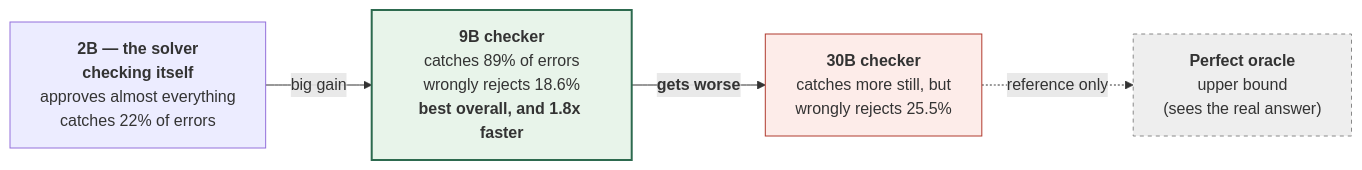
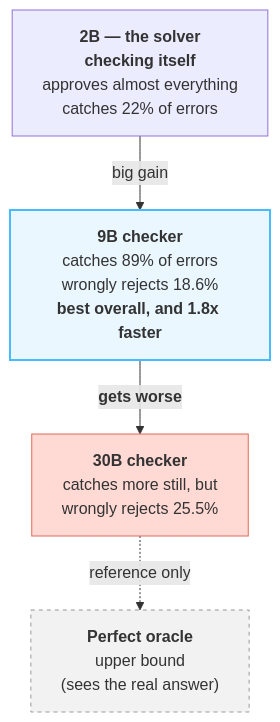
Before and after one commit to SaminYeaserKhan/gemma4-finetune: the sixth of 6 diagrams in docs/diagrams-technical/DIAGRAMS_TECHNICAL.md, drawn with Mermaid. The commit also changed other lines of this file and 143 other files, not shown here.

````diff
--- a/docs/diagrams-technical/DIAGRAMS_TECHNICAL.md
+++ b/docs/diagrams-technical/DIAGRAMS_TECHNICAL.md
@@ -234,15 +234,15 @@
 ```mermaid
-flowchart LR
+flowchart TB
     L1["<b>2B — the solver<br/>checking itself</b><br/>approves almost everything<br/>catches 22% of errors"]
     L2["<b>9B checker</b><br/>catches 89% of errors<br/>wrongly rejects 18.6%<br/><b>best overall, and 1.8x faster</b>"]
     L3["<b>30B checker</b><br/>catches more still, but<br/>wrongly rejects 25.5%"]
     L4["<b>Perfect oracle</b><br/>upper bound<br/>(sees the real answer)"]
 
     L1 -->|"big gain"| L2
     L2 -->|"<b>gets worse</b>"| L3
     L3 -.->|"reference only"| L4
 
-    style L2 fill:#e8f4ea,stroke:#2d6a4f,stroke-width:2px
-    style L3 fill:#fdece9,stroke:#b03a2e
-    style L4 fill:#eeeeee,stroke:#888,stroke-dasharray: 4 4
+    style L2 fill:#eaf7ff,stroke:#46bbfe,stroke-width:2px
+    style L3 fill:#ffd9d4,stroke:#e06a5a
+    style L4 fill:#f2f2f2,stroke:#9a9a9a,stroke-dasharray: 4 4
 ```
````
